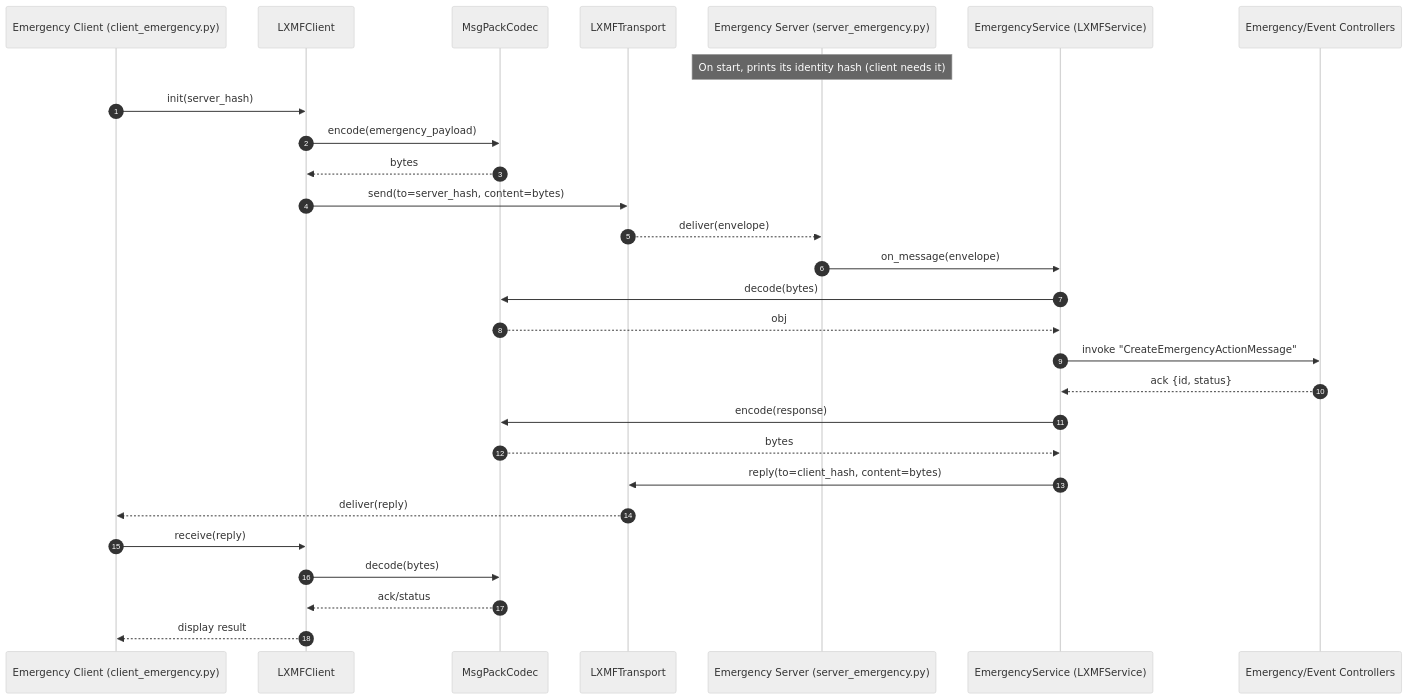
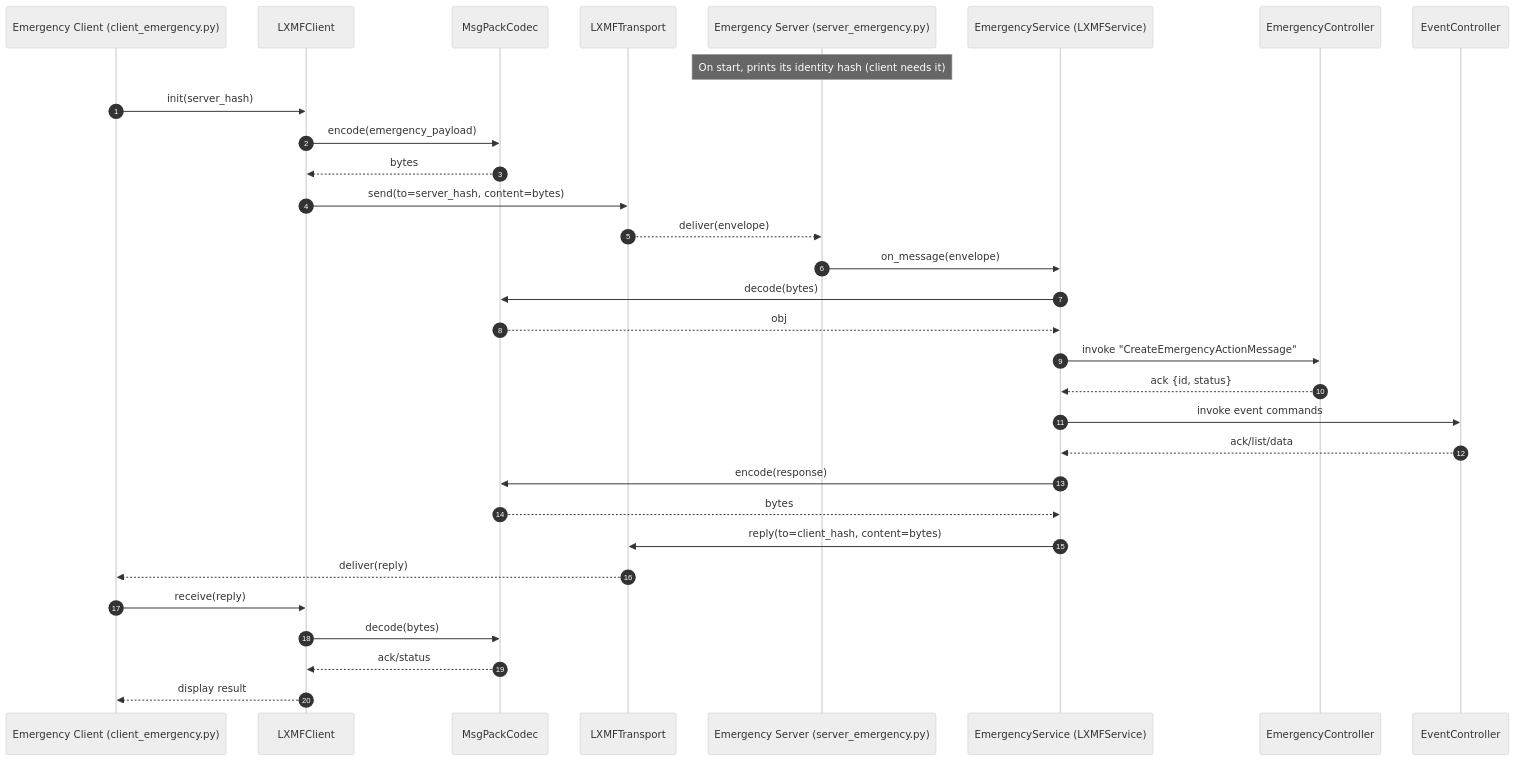
One commit to FreeTAKTeam/Reticulum_OpenAPI changed the diagram in examples/EmergencyManagement/README.md. Above: the diagram before and after it, drawn with Mermaid (neutral theme). The commit also changed other lines of this file, not shown here.

Commit message:
Update EmergencyManagement README for current flow

````diff
--- a/examples/EmergencyManagement/README.md
+++ b/examples/EmergencyManagement/README.md
@@ -18,35 +18,39 @@
 ``` mermaid
 sequenceDiagram
 autonumber
 participant ClientApp as Emergency Client (client_emergency.py)
 participant ApiClient as LXMFClient
 participant Codec as MsgPackCodec
 participant LXMF as LXMFTransport
 participant ServerApp as Emergency Server (server_emergency.py)
 participant Service as EmergencyService (LXMFService)
-participant Controller as Emergency/Event Controllers
+participant EmergencyCtrl as EmergencyController
+participant EventCtrl as EventController
 
 note over ServerApp: On start, prints its identity hash (client needs it)
 
 ClientApp->>ApiClient: init(server_hash)
 ApiClient->>Codec: encode(emergency_payload)
 Codec-->>ApiClient: bytes
 ApiClient->>LXMF: send(to=server_hash, content=bytes)
 LXMF-->>ServerApp: deliver(envelope)
 
 ServerApp->>Service: on_message(envelope)
 Service->>Codec: decode(bytes)
 Codec-->>Service: obj
-Service->>Controller: invoke "CreateEmergencyActionMessage"
-Controller-->>Service: ack {id, status}
+Service->>EmergencyCtrl: invoke "CreateEmergencyActionMessage"
+EmergencyCtrl-->>Service: ack {id, status}
+
+Service->>EventCtrl: invoke event commands
+EventCtrl-->>Service: ack/list/data
 
 Service->>Codec: encode(response)
 Codec-->>Service: bytes
 Service->>LXMF: reply(to=client_hash, content=bytes)
 LXMF-->>ClientApp: deliver(reply)
 
 ClientApp->>ApiClient: receive(reply)
 ApiClient->>Codec: decode(bytes)
 Codec-->>ApiClient: ack/status
 ApiClient-->>ClientApp: display result
 ```
````
